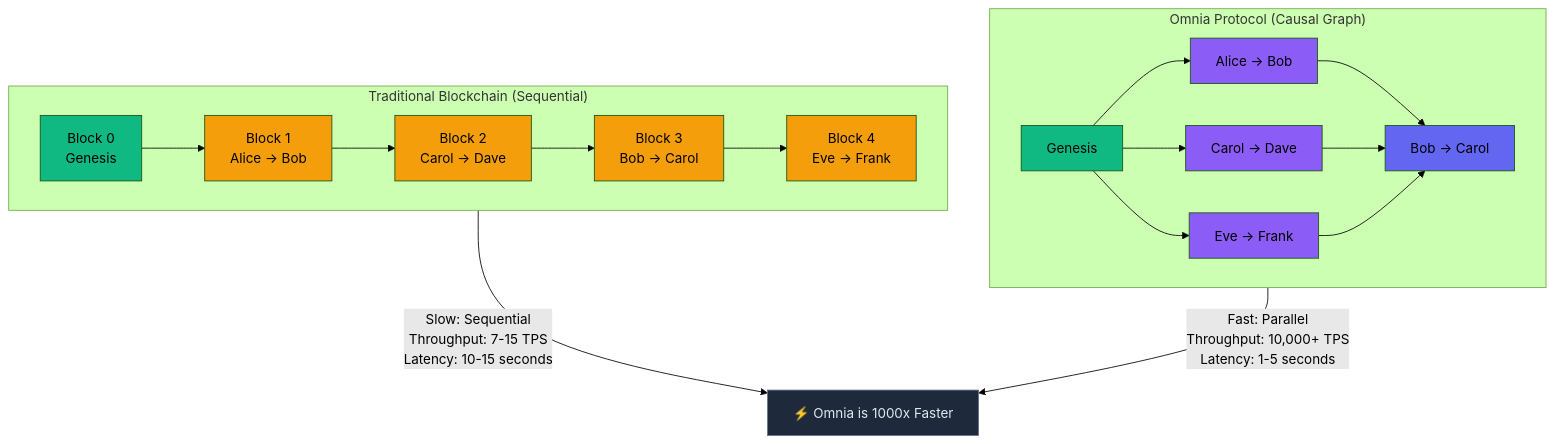
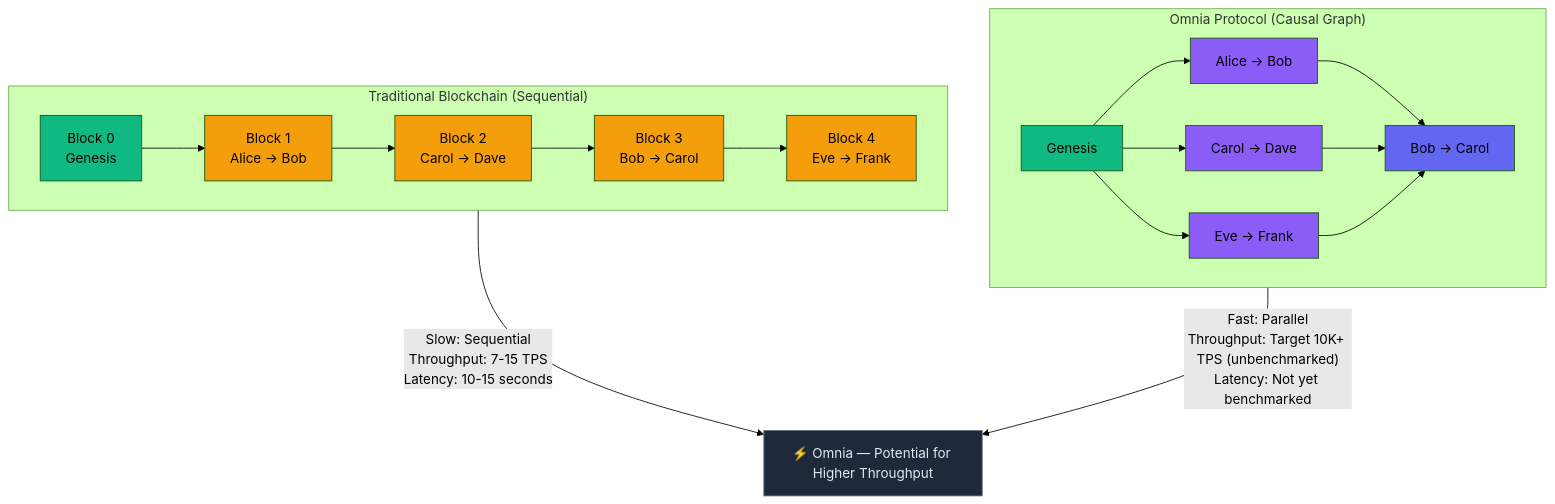
Before and after one commit to Willow7737/omnia-protocol: the diagram in diagrams/consensus_comparison.mmd, drawn with Mermaid (forest theme). The commit also changed 47 other files, not shown here.

```diff
--- a/diagrams/consensus_comparison.mmd
+++ b/diagrams/consensus_comparison.mmd
@@ -1,45 +1,45 @@
 graph TD
     subgraph Traditional["Traditional Blockchain (Sequential)"]
         B0["Block 0<br/>Genesis"]
         B1["Block 1<br/>Alice → Bob"]
         B2["Block 2<br/>Carol → Dave"]
         B3["Block 3<br/>Bob → Carol"]
         B4["Block 4<br/>Eve → Frank"]
         
         B0 --> B1
         B1 --> B2
         B2 --> B3
         B3 --> B4
         
         style B0 fill:#10b981
         style B1 fill:#f59e0b
         style B2 fill:#f59e0b
         style B3 fill:#f59e0b
         style B4 fill:#f59e0b
     end
     
     subgraph Omnia["Omnia Protocol (Causal Graph)"]
         G0["Genesis"]
         G1["Alice → Bob"]
         G2["Carol → Dave"]
         G3["Eve → Frank"]
         G4["Bob → Carol"]
         
         G0 --> G1
         G0 --> G2
         G0 --> G3
         G1 --> G4
         G2 --> G4
         G3 --> G4
         
         style G0 fill:#10b981
         style G1 fill:#8b5cf6
         style G2 fill:#8b5cf6
         style G3 fill:#8b5cf6
         style G4 fill:#6366f1
     end
     
-    Traditional -->|"Slow: Sequential<br/>Throughput: 7-15 TPS<br/>Latency: 10-15 seconds"| Comparison["⚡ Omnia is 1000x Faster"]
-    Omnia -->|"Fast: Parallel<br/>Throughput: 10,000+ TPS<br/>Latency: 1-5 seconds"| Comparison
+    Traditional -->|"Slow: Sequential<br/>Throughput: 7-15 TPS<br/>Latency: 10-15 seconds"| Comparison["⚡ Omnia — Potential for Higher Throughput"]
+    Omnia -->|"Fast: Parallel<br/>Throughput: Target 10K+ TPS (unbenchmarked)<br/>Latency: Not yet benchmarked"| Comparison
     
     style Comparison fill:#1e293b,stroke:#64748b,color:#e2e8f0
```
